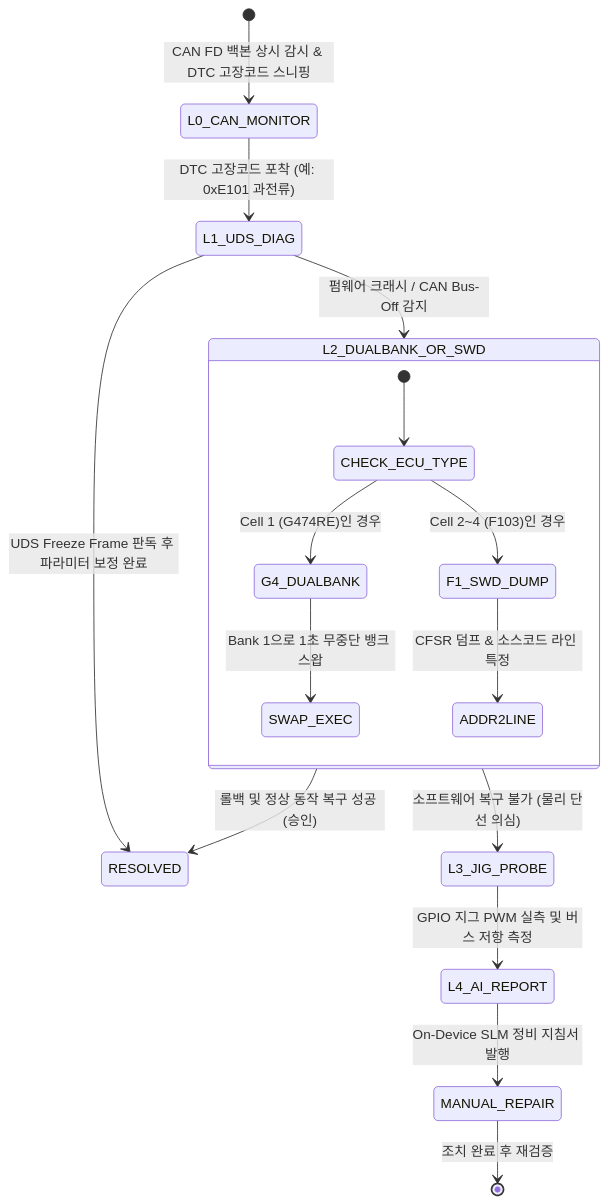
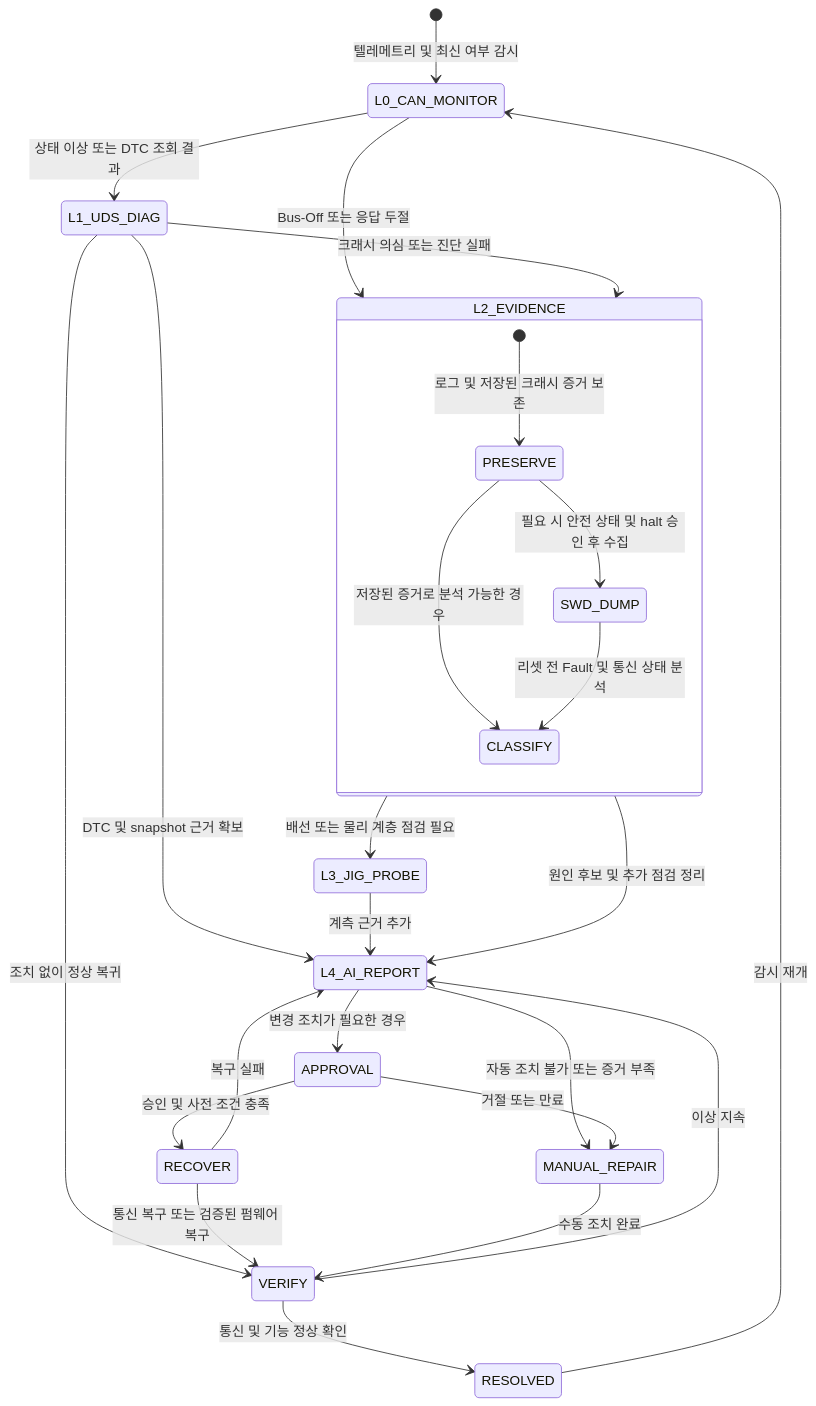
Before and after one commit to ssafy16-embbedded21-team1-2/ssafy_embedded_pjt_setup: the second of 2 diagrams in docs/설계_장비별기능_및_AgentTool인터페이스.md, drawn with Mermaid. The commit also changed other lines of this file and 2 other files, not shown here.

````diff
--- a/docs/설계_장비별기능_및_AgentTool인터페이스.md
+++ b/docs/설계_장비별기능_및_AgentTool인터페이스.md
@@ -169,24 +186,30 @@
 ```mermaid
 stateDiagram-v2
-    [*] --> L0_CAN_MONITOR: CAN FD 백본 상시 감시 & DTC 고장코드 스니핑
+    [*] --> L0_CAN_MONITOR: 텔레메트리 및 최신 여부 감시
+    L0_CAN_MONITOR --> L1_UDS_DIAG: 상태 이상 또는 DTC 조회 결과
+    L0_CAN_MONITOR --> L2_EVIDENCE: Bus-Off 또는 응답 두절
+    L1_UDS_DIAG --> L2_EVIDENCE: 크래시 의심 또는 진단 실패
+    L1_UDS_DIAG --> L4_AI_REPORT: DTC 및 snapshot 근거 확보
+    L1_UDS_DIAG --> VERIFY: 조치 없이 정상 복귀
 
-    L0_CAN_MONITOR --> L1_UDS_DIAG: DTC 고장코드 포착 (예: 0xE101 과전류)
-    L1_UDS_DIAG --> RESOLVED: UDS Freeze Frame 판독 후 파라미터 보정 완료
-
-    L1_UDS_DIAG --> L2_DUALBANK_OR_SWD: 펌웨어 크래시 / CAN Bus-Off 감지
-
-    state L2_DUALBANK_OR_SWD {
-        [*] --> CHECK_ECU_TYPE
-        CHECK_ECU_TYPE --> G4_DUALBANK: Cell 1 (G474RE)인 경우
-        CHECK_ECU_TYPE --> F1_SWD_DUMP: Cell 2~4 (F103)인 경우
-        G4_DUALBANK --> SWAP_EXEC: Bank 1으로 1초 무중단 뱅크 스왑
-        F1_SWD_DUMP --> ADDR2LINE: CFSR 덤프 & 소스코드 라인 특정
+    state L2_EVIDENCE {
+        [*] --> PRESERVE: 로그 및 저장된 크래시 증거 보존
+        PRESERVE --> SWD_DUMP: 필요 시 안전 상태 및 halt 승인 후 수집
+        PRESERVE --> CLASSIFY: 저장된 증거로 분석 가능한 경우
+        SWD_DUMP --> CLASSIFY: 리셋 전 Fault 및 통신 상태 분석
     }
 
-    L2_DUALBANK_OR_SWD --> RESOLVED: 롤백 및 정상 동작 복구 성공 (승인)
-    L2_DUALBANK_OR_SWD --> L3_JIG_PROBE: 소프트웨어 복구 불가 (물리 단선 의심)
-
-    L3_JIG_PROBE --> L4_AI_REPORT: GPIO 지그 PWM 실측 및 버스 저항 측정
-    L4_AI_REPORT --> MANUAL_REPAIR: On-Device SLM 정비 지침서 발행
-    MANUAL_REPAIR --> [*]: 조치 완료 후 재검증
+    L2_EVIDENCE --> L3_JIG_PROBE: 배선 또는 물리 계층 점검 필요
+    L2_EVIDENCE --> L4_AI_REPORT: 원인 후보 및 추가 점검 정리
+    L3_JIG_PROBE --> L4_AI_REPORT: 계측 근거 추가
+    L4_AI_REPORT --> APPROVAL: 변경 조치가 필요한 경우
+    L4_AI_REPORT --> MANUAL_REPAIR: 자동 조치 불가 또는 증거 부족
+    APPROVAL --> RECOVER: 승인 및 사전 조건 충족
+    APPROVAL --> MANUAL_REPAIR: 거절 또는 만료
+    RECOVER --> VERIFY: 통신 복구 또는 검증된 펌웨어 복구
+    RECOVER --> L4_AI_REPORT: 복구 실패
+    MANUAL_REPAIR --> VERIFY: 수동 조치 완료
+    VERIFY --> RESOLVED: 통신 및 기능 정상 확인
+    VERIFY --> L4_AI_REPORT: 이상 지속
+    RESOLVED --> L0_CAN_MONITOR: 감시 재개
 ```
````
